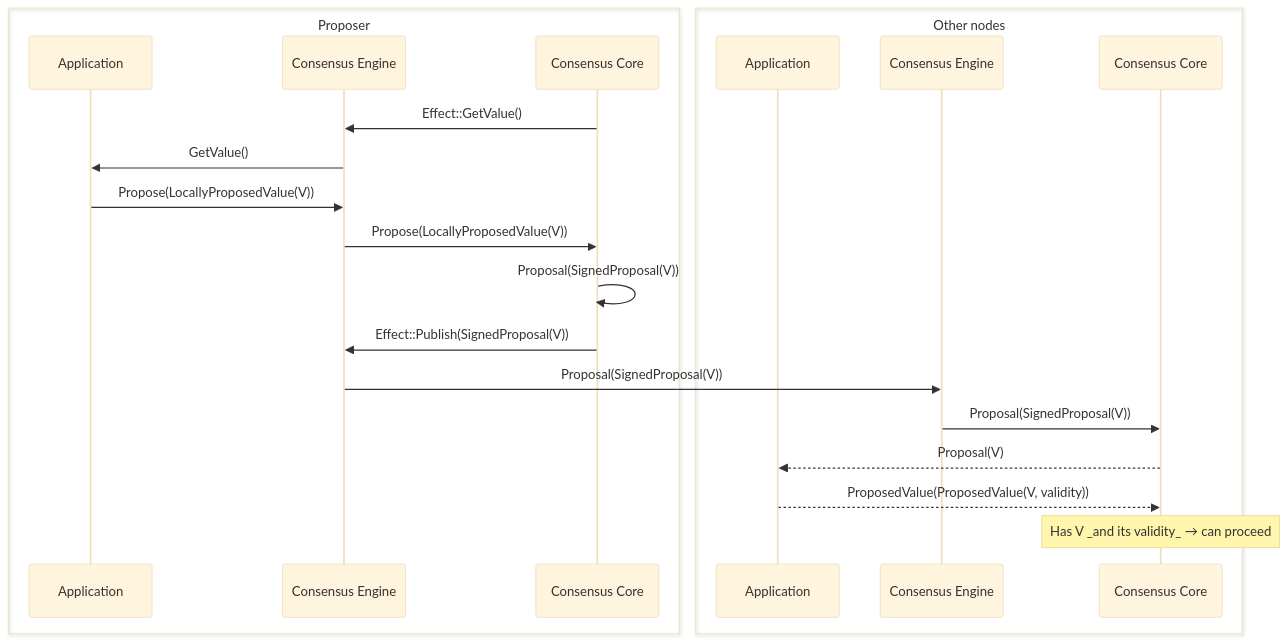
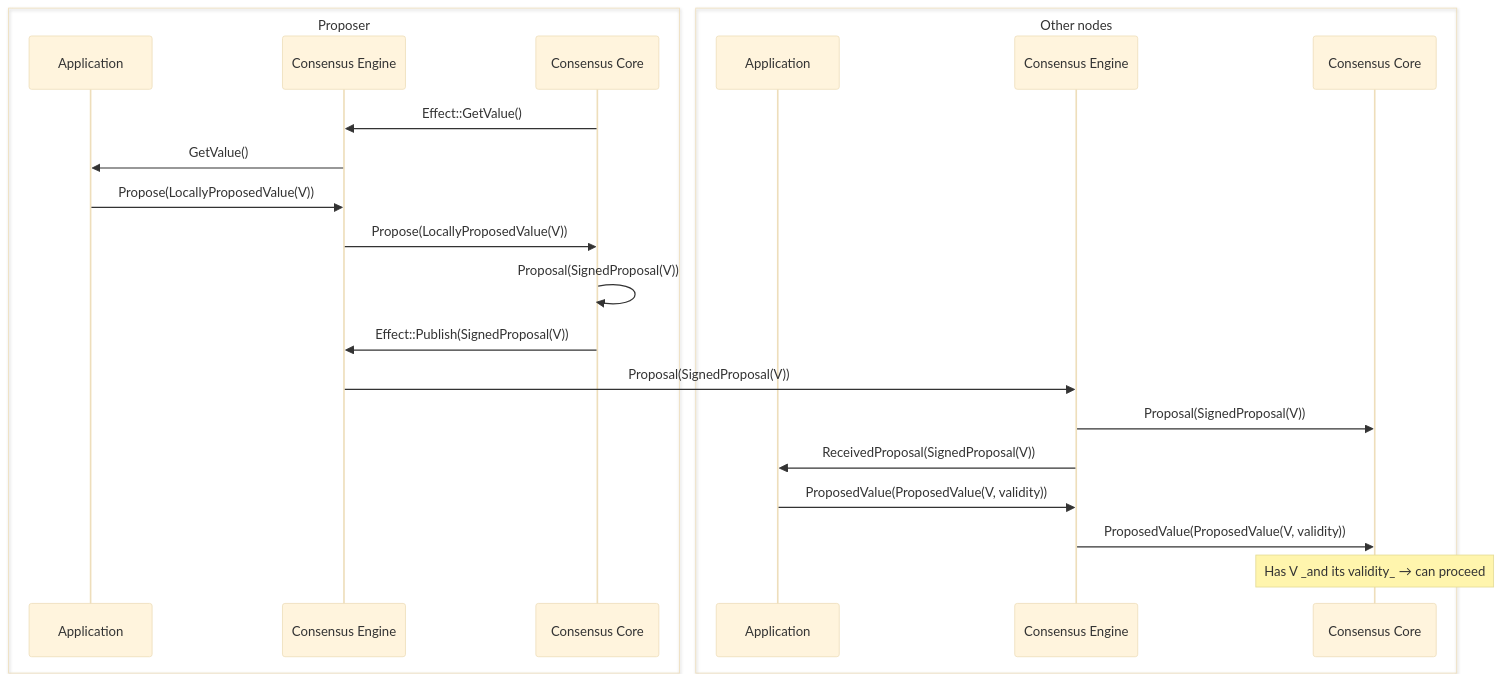
One commit to circlefin/malachite changed the first of 3 diagrams in docs/architecture/adr-003-values-propagation.md. Above: the diagram before and after it, drawn with Mermaid (base theme). The commit also changed other lines of this file and 2 other files, not shown here.

First line of the commit message:
Use cast instead of call_and_forward in ProposalAndParts mode

````diff
--- a/docs/architecture/adr-003-values-propagation.md
+++ b/docs/architecture/adr-003-values-propagation.md
@@ -180,29 +180,30 @@
 ```mermaid
 sequenceDiagram
     box Proposer
       participant A1 as Application
       participant E1 as Consensus Engine
       participant C1 as Consensus Core
     end
 
     box Other nodes
       participant A2 as Application
       participant E2 as Consensus Engine
       participant C2 as Consensus Core
     end
 
     C1->>E1: Effect::GetValue()
     E1->>A1: GetValue()
     A1->>E1: Propose(LocallyProposedValue(V))
     E1->>C1: Propose(LocallyProposedValue(V))
     C1->>C1: Proposal(SignedProposal(V))
     C1->>E1: Effect::Publish(SignedProposal(V))
     E1->>E2: Proposal(SignedProposal(V))
 
     E2->>C2: Proposal(SignedProposal(V))
-    C2-->>A2: Proposal(V)
-    A2-->>C2: ProposedValue(ProposedValue(V, validity))
+    E2->>A2: ReceivedProposal(SignedProposal(V))
+    A2->>E2: ProposedValue(ProposedValue(V, validity))
+    E2->>C2: ProposedValue(ProposedValue(V, validity))
 
     Note over C2: Has V _and its validity_ → can proceed
 
 ```
````
